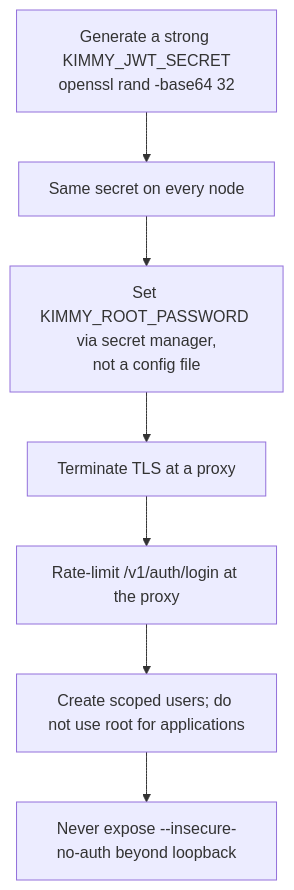
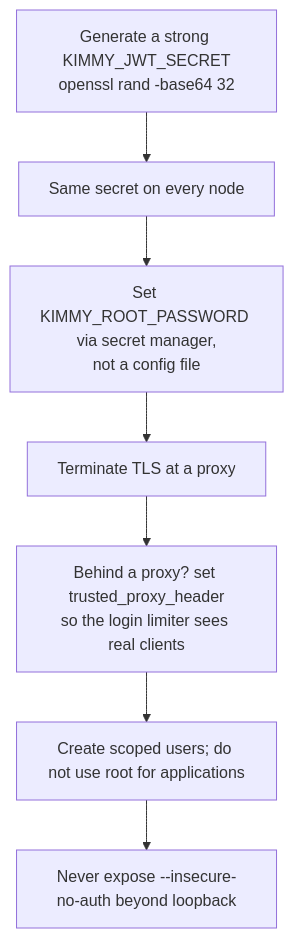
The third of 3 diagrams in docs/security.md (titusai-io/kimmydb), drawn with Mermaid before and after one commit. The commit also changed other lines of this file and 20 other files, not shown here.

````diff
--- a/docs/security.md
+++ b/docs/security.md
@@ -235,9 +299,9 @@
 ```mermaid
 graph TB
     A["Generate a strong KIMMY_JWT_SECRET<br/>openssl rand -base64 32"] --> B["Same secret on every node"]
     B --> C["Set KIMMY_ROOT_PASSWORD via secret manager,<br/>not a config file"]
     C --> D["Terminate TLS at a proxy"]
-    D --> E["Rate-limit /v1/auth/login at the proxy"]
+    D --> E["Behind a proxy? set trusted_proxy_header<br/>so the login limiter sees real clients"]
     E --> F["Create scoped users; do not use root for applications"]
     F --> G["Never expose --insecure-no-auth beyond loopback"]
 ```
````
